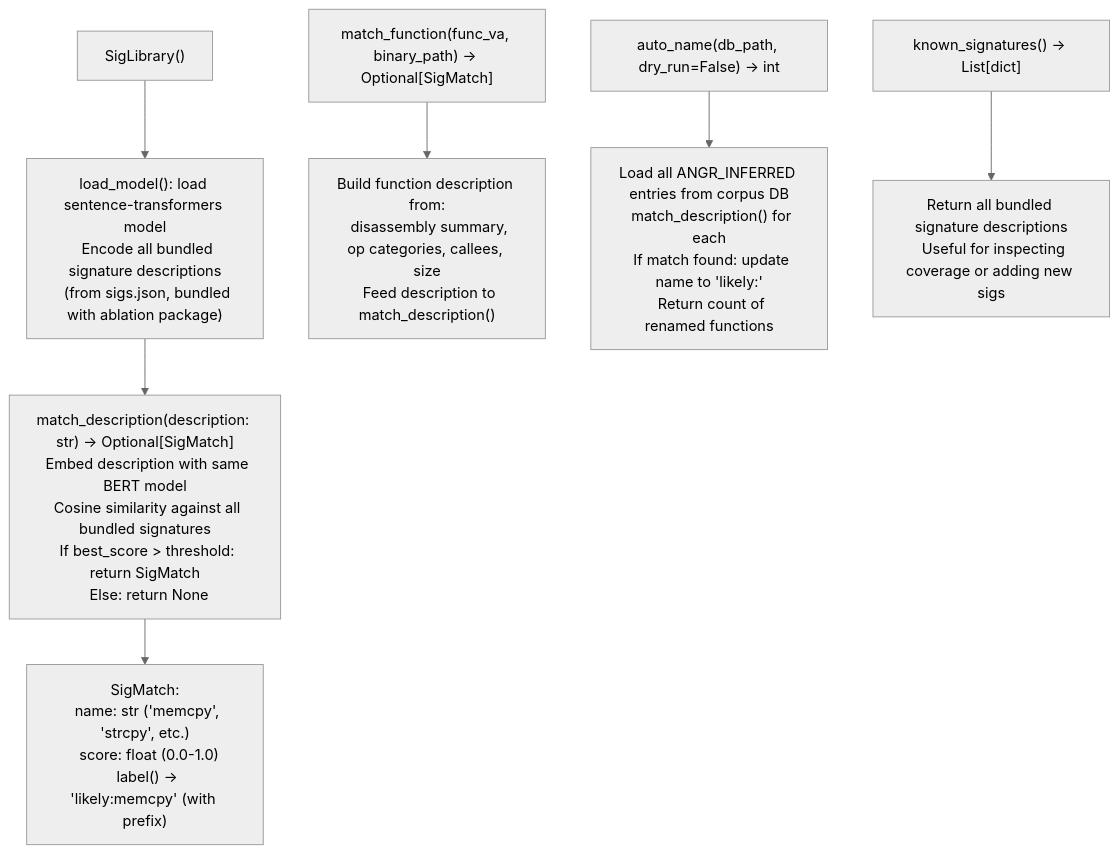
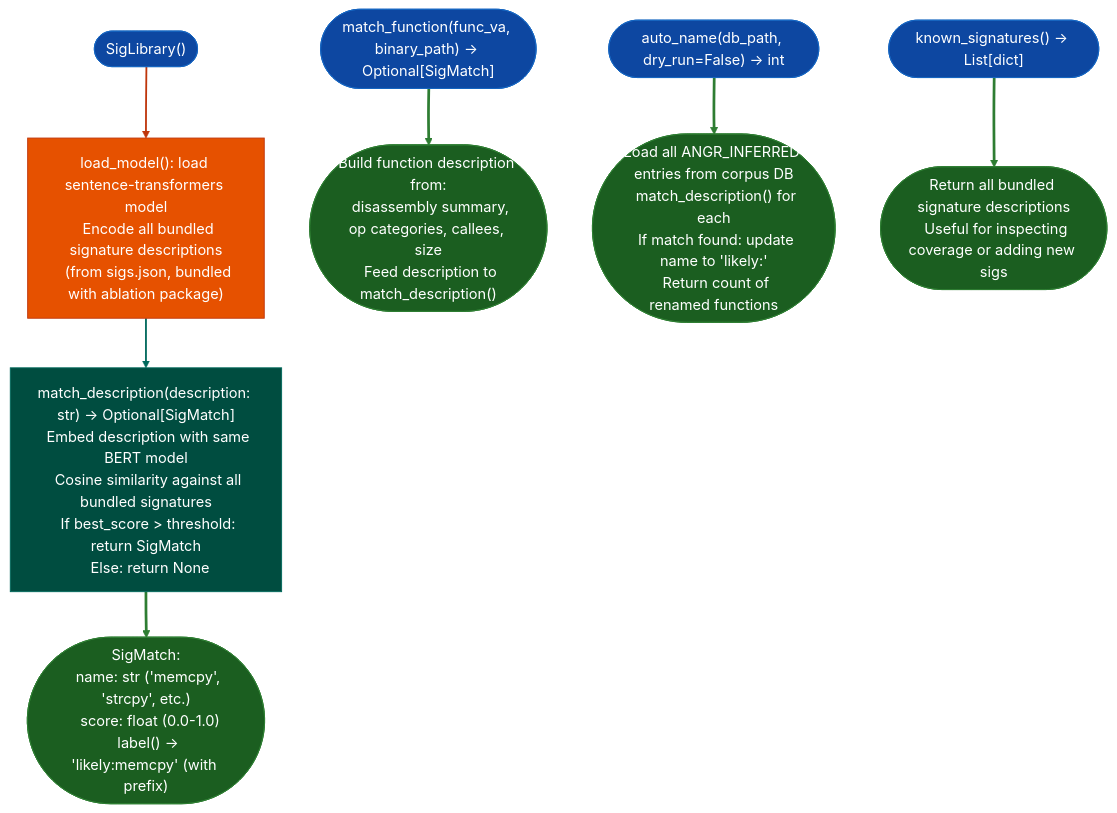
Before and after one commit to Ablation-Tool/ablation: the diagram in docs/reference-modules/bundled-finding-signature-seeds.md, drawn with Mermaid (neutral theme). The commit also changed 320 other files, not shown here.

First line of the commit message:
docs: apply canonical Mermaid template to all 321 diagrams

````diff
--- a/docs/reference-modules/bundled-finding-signature-seeds.md
+++ b/docs/reference-modules/bundled-finding-signature-seeds.md
@@ -19,12 +19,24 @@
 ```mermaid
 flowchart TD
-    A["SigLibrary()"] --> B["load_model(): load sentence-transformers model\n  Encode all bundled signature descriptions\n  (from sigs.json, bundled with ablation package)"]
-    B --> C["match_description(description: str) → Optional[SigMatch]\n  Embed description with same BERT model\n  Cosine similarity against all bundled signatures\n  If best_score > threshold: return SigMatch\n  Else: return None"]
-    C --> D["SigMatch:\n  name: str ('memcpy', 'strcpy', etc.)\n  score: float (0.0-1.0)\n  label() → 'likely:memcpy' (with prefix)"]
+    A(["SigLibrary()"]):::input --> B["load_model(): load sentence-transformers model\n  Encode all bundled signature descriptions\n  (from sigs.json, bundled with ablation package)"]:::primary
+    B:::primary --> C["match_description(description: str) → Optional[SigMatch]\n  Embed description with same BERT model\n  Cosine similarity against all bundled signatures\n  If best_score > threshold: return SigMatch\n  Else: return None"]:::secondary
+    C:::secondary --> D(["SigMatch:\n  name: str ('memcpy', 'strcpy', etc.)\n  score: float (0.0-1.0)\n  label() → 'likely:memcpy' (with prefix)"]):::output
 
-    E["match_function(func_va, binary_path) → Optional[SigMatch]"] --> F["Build function description from:\n  disassembly summary, op categories, callees, size\n  Feed description to match_description()"]
+    E(["match_function(func_va, binary_path) → Optional[SigMatch]"]):::input --> F(["Build function description from:\n  disassembly summary, op categories, callees, size\n  Feed description to match_description()"]):::output
 
-    G["auto_name(db_path, dry_run=False) → int"] --> H["Load all ANGR_INFERRED entries from corpus DB\n  match_description() for each\n  If match found: update name to 'likely:<match.name>'\n  Return count of renamed functions"]
+    G(["auto_name(db_path, dry_run=False) → int"]):::input --> H(["Load all ANGR_INFERRED entries from corpus DB\n  match_description() for each\n  If match found: update name to 'likely:<match.name>'\n  Return count of renamed functions"]):::output
 
-    I["known_signatures() → List[dict]"] --> J["Return all bundled signature descriptions\n  Useful for inspecting coverage or adding new sigs"]
+    I(["known_signatures() → List[dict]"]):::input --> J(["Return all bundled signature descriptions\n  Useful for inspecting coverage or adding new sigs"]):::output
+    classDef input     fill:#0d47a1,stroke:#1565c0,color:#fff
+    classDef primary   fill:#e65100,stroke:#bf360c,color:#fff
+    classDef secondary fill:#004d40,stroke:#00695c,color:#fff
+    classDef tertiary  fill:#4a148c,stroke:#6a1b9a,color:#fff
+    classDef neutral   fill:#37474f,stroke:#546e7a,color:#fff
+    classDef output    fill:#1b5e20,stroke:#2e7d32,color:#fff
+    linkStyle 0 stroke:#bf360c,stroke-width:2px
+    linkStyle 1 stroke:#00695c,stroke-width:2px
+    linkStyle 2 stroke:#2e7d32,stroke-width:3px
+    linkStyle 3 stroke:#2e7d32,stroke-width:3px
+    linkStyle 4 stroke:#2e7d32,stroke-width:3px
+    linkStyle 5 stroke:#2e7d32,stroke-width:3px
 ```
````
